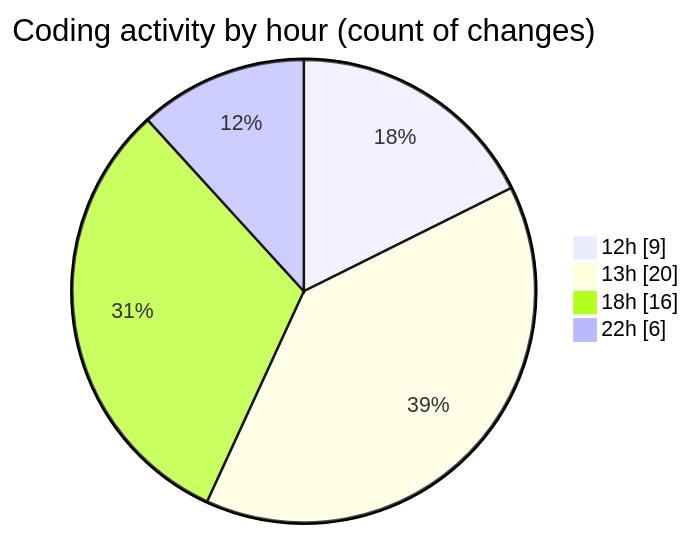
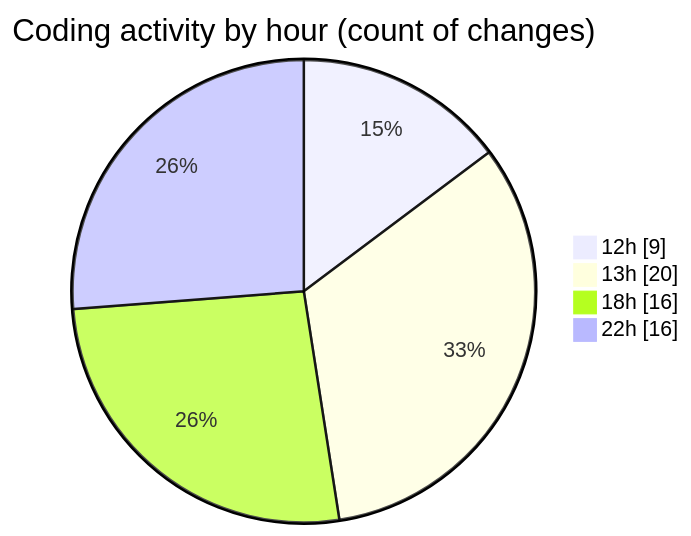
Before and after one commit to hasnaa123/code-tracking: the second of 2 diagrams in 2026-10-25/taskforge/README.md, drawn with Mermaid. The commit also changed other lines of this file and 1 other file, not shown here.

````diff
--- a/2026-10-25/taskforge/README.md
+++ b/2026-10-25/taskforge/README.md
@@ -29,8 +30,8 @@
 ```mermaid
 pie showData
 title Coding activity by hour (count of changes)
 "12h" : 9
 "13h" : 20
 "18h" : 16
-"22h" : 6
+"22h" : 16
 ```
````
